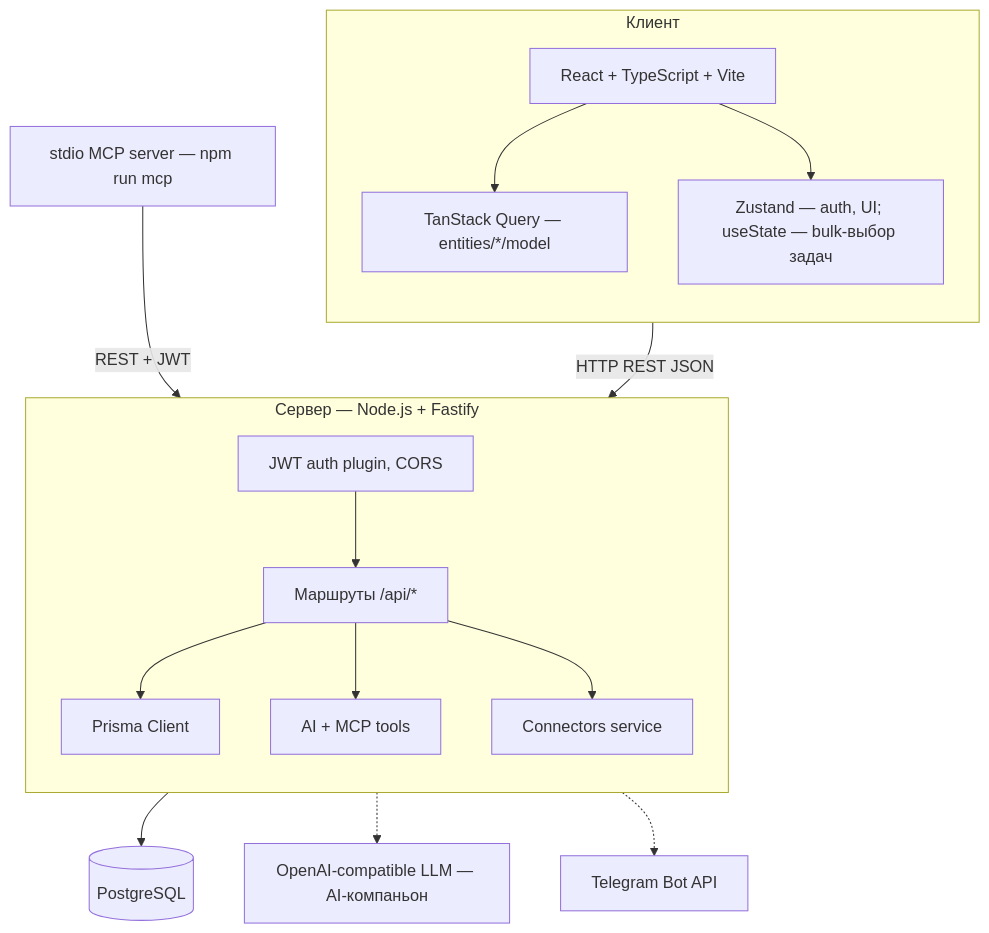
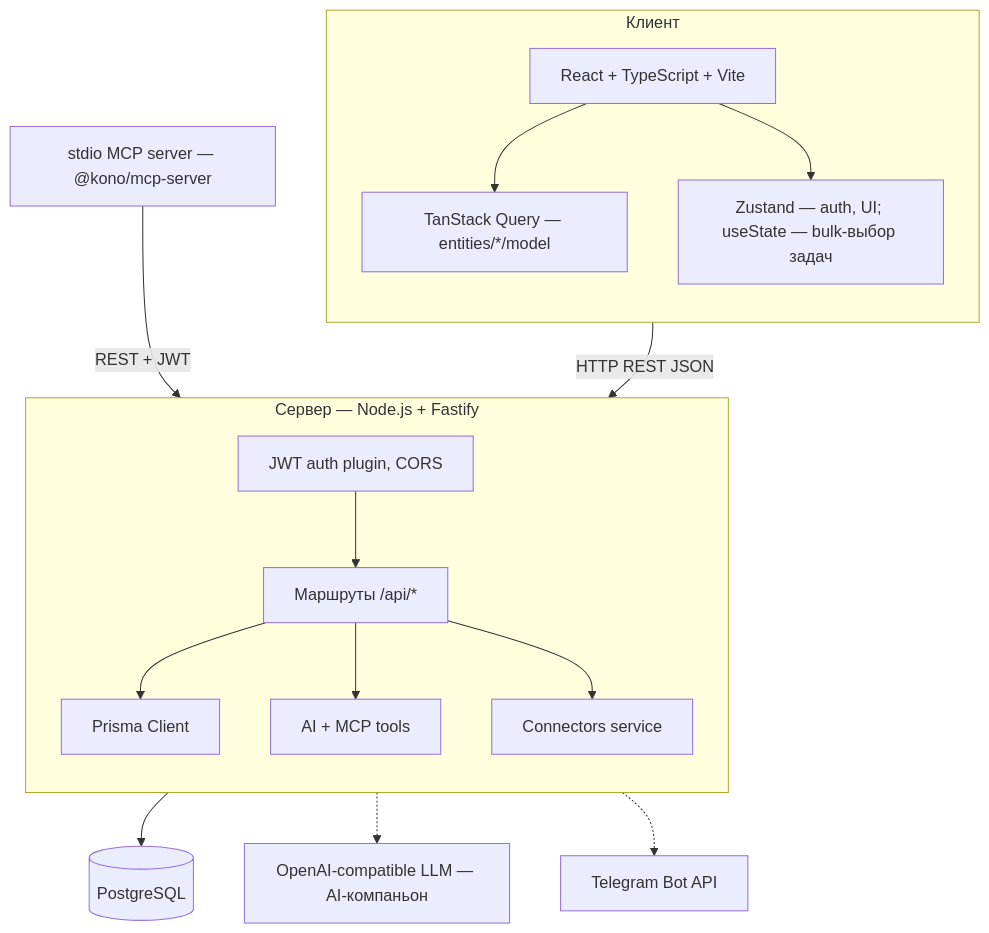
One commit to Shadowgraph-1/project-K changed the second of 3 diagrams in README.md. Above: the diagram before and after it, drawn with Mermaid. The commit also changed other lines of this file, not shown here.

````diff
--- a/README.md
+++ b/README.md
@@ -220,35 +224,35 @@
 ```mermaid
 flowchart TB
   subgraph FE["Клиент"]
     direction TB
     FE_STACK["React + TypeScript + Vite"]
     FE_QUERY["TanStack Query — entities/*/model"]
     FE_STATE["Zustand — auth, UI; useState — bulk-выбор задач"]
     FE_STACK --> FE_QUERY
     FE_STACK --> FE_STATE
   end
 
   subgraph BE["Сервер — Node.js + Fastify"]
     direction TB
     BE_MW["JWT auth plugin, CORS"]
     BE_API["Маршруты /api/*"]
     BE_ORM["Prisma Client"]
     BE_AI["AI + MCP tools"]
     BE_CONNECTORS["Connectors service"]
     BE_MW --> BE_API
     BE_API --> BE_ORM
     BE_API --> BE_AI
     BE_API --> BE_CONNECTORS
   end
 
   DB[(PostgreSQL)]
   LLM["OpenAI-compatible LLM — AI-компаньон"]
-  MCP["stdio MCP server — npm run mcp"]
+  MCP["stdio MCP server — @kono/mcp-server"]
   TG["Telegram Bot API"]
 
   FE -->|"HTTP REST JSON"| BE
   BE_ORM --> DB
   BE_AI -.-> LLM
   MCP -->|"REST + JWT"| BE_API
   BE_CONNECTORS -.-> TG
 ```
````
